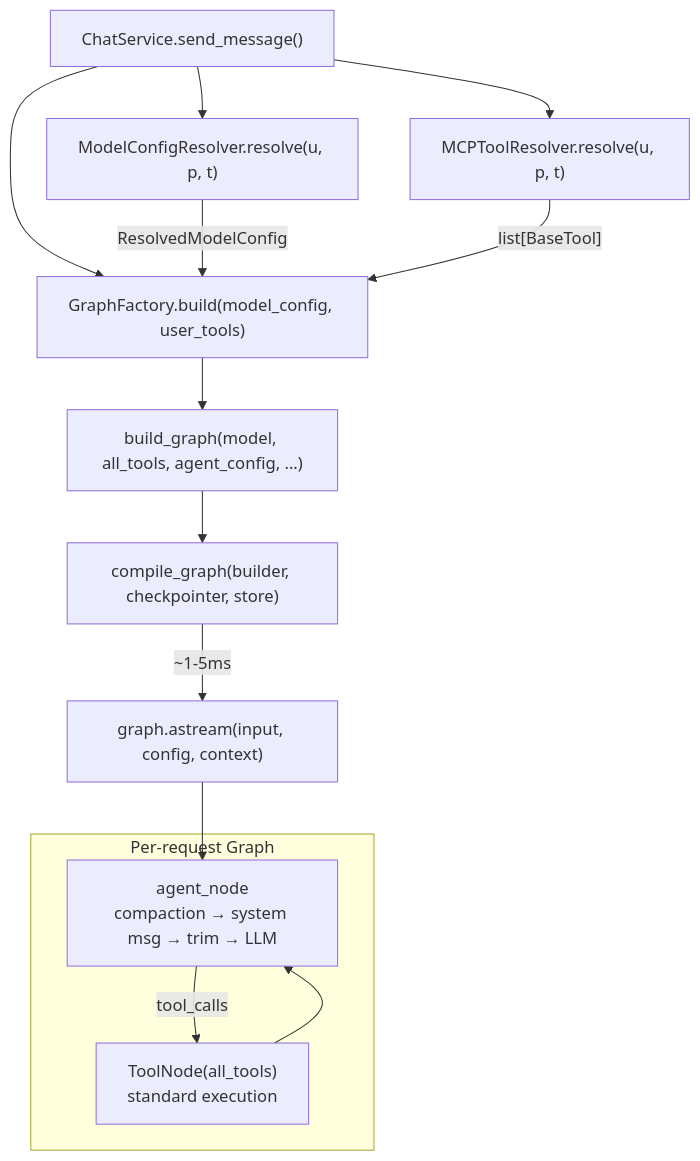
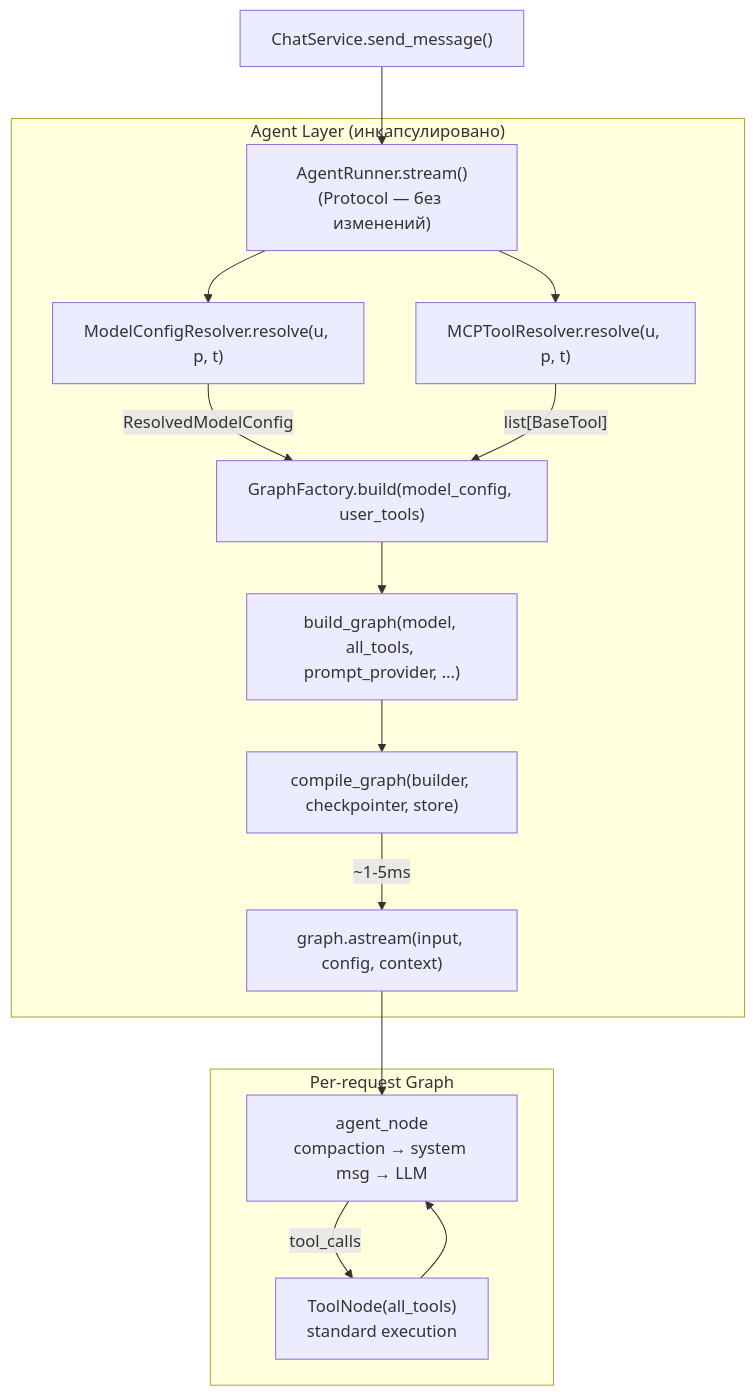
Before and after one commit to Bbar0n234/learnflow-ai: the eighth of 10 diagrams in doc/tasks/iterations/post-mvp/feat-003-agent-config/design-brief.md, drawn with Mermaid. The commit also changed other lines of this file and 7 other files, not shown here.

````diff
--- a/doc/tasks/iterations/post-mvp/feat-003-agent-config/design-brief.md
+++ b/doc/tasks/iterations/post-mvp/feat-003-agent-config/design-brief.md
@@ -860,27 +951,22 @@
 ```mermaid
 flowchart TD
-    CS["ChatService.send_message()"]
-    MCR["ModelConfigResolver.resolve(u, p, t)"]
-    MTR["MCPToolResolver.resolve(u, p, t)"]
-    GF["GraphFactory.build(model_config, user_tools)"]
-    BG["build_graph(model, all_tools, agent_config, ...)"]
-    CG["compile_graph(builder, checkpointer, store)"]
-    STREAM["graph.astream(input, config, context)"]
+    CS["ChatService.send_message()"] --> AR["AgentRunner.stream()\n(Protocol — без изменений)"]
 
-    CS --> MCR
-    CS --> MTR
-    CS --> GF
-    MCR -->|ResolvedModelConfig| GF
-    MTR -->|"list[BaseTool]"| GF
-    GF --> BG
-    BG --> CG
-    CG -->|"~1-5ms"| STREAM
+    subgraph agent_layer["Agent Layer (инкапсулировано)"]
+        AR --> MCR["ModelConfigResolver.resolve(u, p, t)"]
+        AR --> MTR["MCPToolResolver.resolve(u, p, t)"]
+        MCR -->|ResolvedModelConfig| GF["GraphFactory.build(model_config, user_tools)"]
+        MTR -->|"list[BaseTool]"| GF
+        GF --> BG["build_graph(model, all_tools, prompt_provider, ...)"]
+        BG --> CG["compile_graph(builder, checkpointer, store)"]
+        CG -->|"~1-5ms"| STREAM["graph.astream(input, config, context)"]
+    end
 
     subgraph graph["Per-request Graph"]
-        AN["agent_node\ncompaction → system msg → trim → LLM"]
+        AN["agent_node\ncompaction → system msg → LLM"]
         TN["ToolNode(all_tools)\nstandard execution"]
         AN -->|tool_calls| TN
         TN --> AN
     end
     STREAM --> AN
 ```
````
